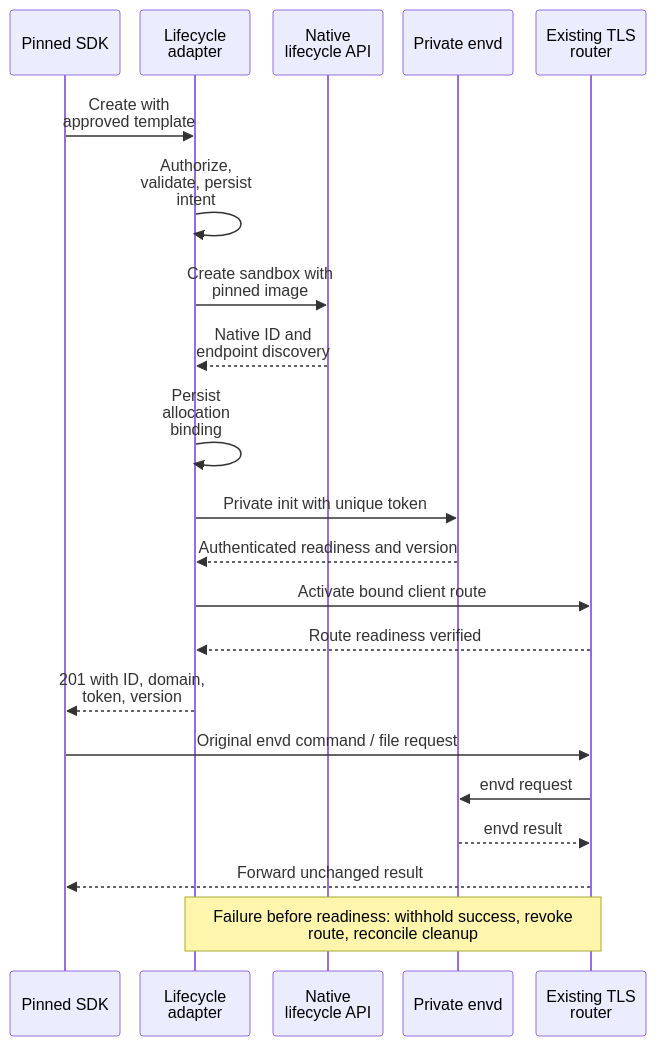
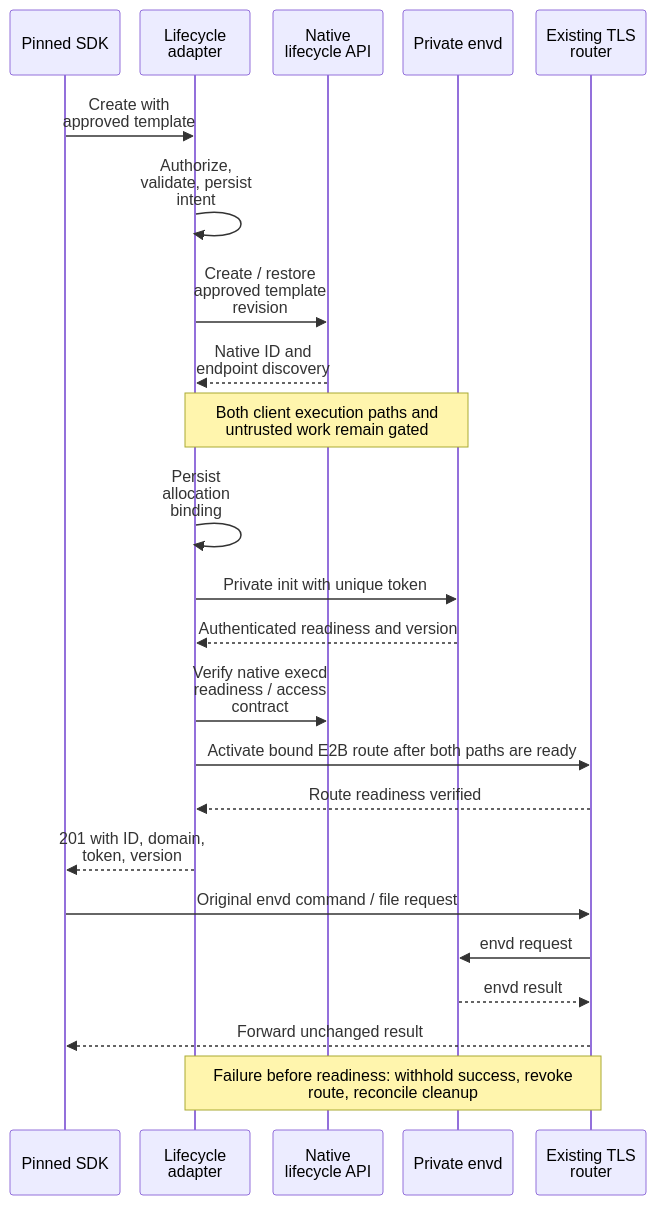
The second of 3 diagrams in oseps/0026-optional-e2b-compatibility.md (opensandbox-group/OpenSandbox), drawn with Mermaid before and after one commit. The commit also changed other lines of this file and 2 other files, not shown here.

Commit message:
docs(osep): narrow E2B profile to Fast Sandbox dual SDK paths

````diff
--- a/oseps/0026-optional-e2b-compatibility.md
+++ b/oseps/0026-optional-e2b-compatibility.md
@@ -205,24 +206,26 @@
 ```mermaid
 %%{init: {"sequence": {"actorMargin": 20, "width": 110, "wrap": true}}}%%
 sequenceDiagram
     participant C as Pinned SDK
     participant A as Lifecycle adapter
     participant O as Native lifecycle API
     participant E as Private envd
     participant R as Existing TLS router
     C->>A: Create with approved template
     A->>A: Authorize, validate, persist intent
-    A->>O: Create sandbox with pinned image
+    A->>O: Create / restore approved template revision
     O-->>A: Native ID and endpoint discovery
+    Note over A,E: Both client execution paths and untrusted work remain gated
     A->>A: Persist allocation binding
     A->>E: Private init with unique token
     E-->>A: Authenticated readiness and version
-    A->>R: Activate bound client route
+    A->>O: Verify native execd readiness / access contract
+    A->>R: Activate bound E2B route after both paths are ready
     R-->>A: Route readiness verified
     A-->>C: 201 with ID, domain, token, version
     C->>R: Original envd command / file request
     R->>E: envd request
     E-->>R: envd result
     R-->>C: Forward unchanged result
     Note over A,R: Failure before readiness: withhold success, revoke route, reconcile cleanup
 ```
````
